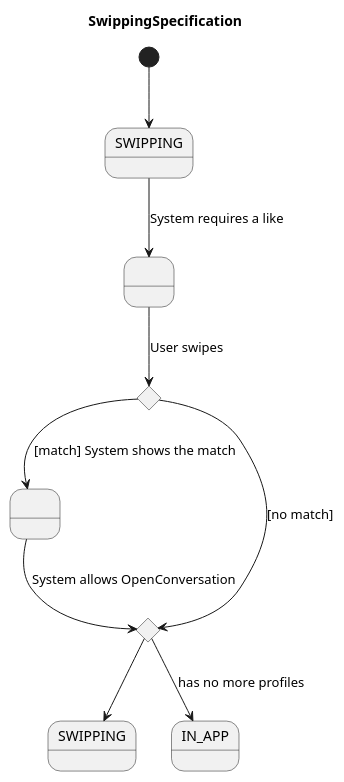
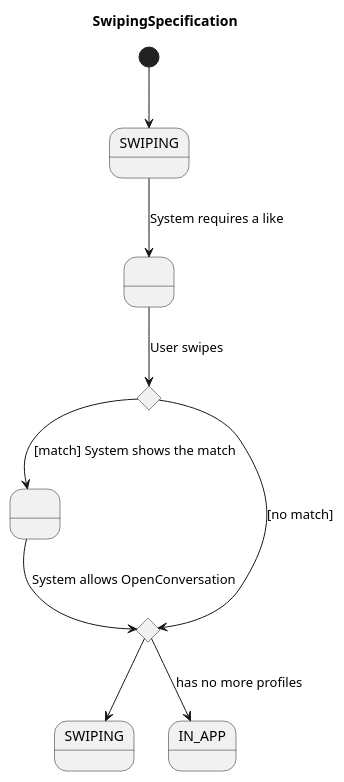
Before and after one commit to fraylopez/tinder: the diagram in docs/src/use-cases/specs/swipe.spec.puml, drawn with PlantUML. The commit also changed 16 other files, not shown here.

```diff
--- a/docs/src/use-cases/specs/swipe.spec.puml
+++ b/docs/src/use-cases/specs/swipe.spec.puml
@@ -1,23 +1,23 @@
-@startuml SwippingSpecification
-title SwippingSpecification
+@startuml SwipingSpecification
+title SwipingSpecification
 
-state SWIPPING
+state SWIPING
 state STATE_1 as " "
 state SHOW_MATCH_CREATED as " "
 state hasMoreProfiles <<choice>>
-state SWIPPING_OUT as "SWIPPING"
+state SWIPING_OUT as "SWIPING"
 state IN_APP
 state isMatch <<choice>>
 
 
-[*] --> SWIPPING
-SWIPPING --> STATE_1: System requires a like
-STATE_1 --> isMatch : User swipes 
-hasMoreProfiles --> SWIPPING_OUT
+[*] --> SWIPING
+SWIPING --> STATE_1: System requires a like
+STATE_1 --> isMatch : User swipes
+hasMoreProfiles --> SWIPING_OUT
 hasMoreProfiles --> IN_APP: has no more profiles
 isMatch --> SHOW_MATCH_CREATED: [match] System shows the match
 isMatch --> hasMoreProfiles: [no match]
 SHOW_MATCH_CREATED -->  hasMoreProfiles: System allows OpenConversation
 
 
 @enduml
```
